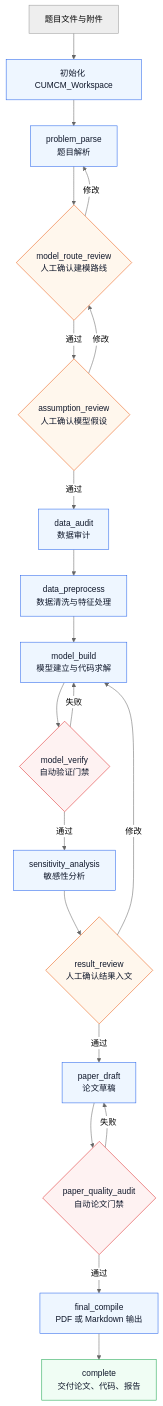
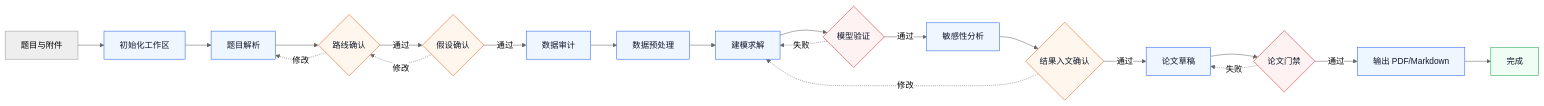
One commit to NeoXue-ai/math-modeling-solver changed the diagram in README.md. Above: the diagram before and after it, drawn with Mermaid (neutral theme).

Commit message:
Make README workflow diagram horizontal

````diff
--- a/README.md
+++ b/README.md
@@ -87,37 +87,33 @@
 ```mermaid
-flowchart TD
-    A[题目文件与附件] --> B[初始化 CUMCM_Workspace]
-    B --> C[problem_parse<br/>题目解析]
+flowchart LR
+    A[题目与附件] --> B[初始化工作区]
+    B --> C[题目解析]
+    C --> D{路线确认}
+    D -->|通过| E{假设确认}
+    E -->|通过| F[数据审计]
+    F --> G[数据预处理]
+    G --> H[建模求解]
+    H --> I{模型验证}
+    I -->|通过| J[敏感性分析]
+    J --> K{结果入文确认}
+    K -->|通过| L[论文草稿]
+    L --> M{论文门禁}
+    M -->|通过| N[输出 PDF/Markdown]
+    N --> O[完成]
 
-    C --> D{model_route_review<br/>人工确认建模路线}
-    D -->|通过| E{assumption_review<br/>人工确认模型假设}
-    D -->|修改| C
-
-    E -->|通过| F[data_audit<br/>数据审计]
-    E -->|修改| D
-
-    F --> G[data_preprocess<br/>数据清洗与特征处理]
-    G --> H[model_build<br/>模型建立与代码求解]
-    H --> I{model_verify<br/>自动验证门禁}
-    I -->|失败| H
-    I -->|通过| J[sensitivity_analysis<br/>敏感性分析]
-
-    J --> K{result_review<br/>人工确认结果入文}
-    K -->|修改| H
-    K -->|通过| L[paper_draft<br/>论文草稿]
-
-    L --> M{paper_quality_audit<br/>自动论文门禁}
-    M -->|失败| L
-    M -->|通过| N[final_compile<br/>PDF 或 Markdown 输出]
-    N --> O[complete<br/>交付论文、代码、报告]
+    D -. 修改 .-> C
+    E -. 修改 .-> D
+    I -. 失败 .-> H
+    K -. 修改 .-> H
+    M -. 失败 .-> L
 
     classDef auto fill:#eef6ff,stroke:#2563eb,color:#0f172a;
     classDef checkpoint fill:#fff7ed,stroke:#ea580c,color:#0f172a;
     classDef gate fill:#fef2f2,stroke:#dc2626,color:#0f172a;
     classDef output fill:#f0fdf4,stroke:#16a34a,color:#0f172a;
 
     class B,C,F,G,H,J,L,N auto;
     class D,E,K checkpoint;
     class I,M gate;
     class O output;
 ```
````
